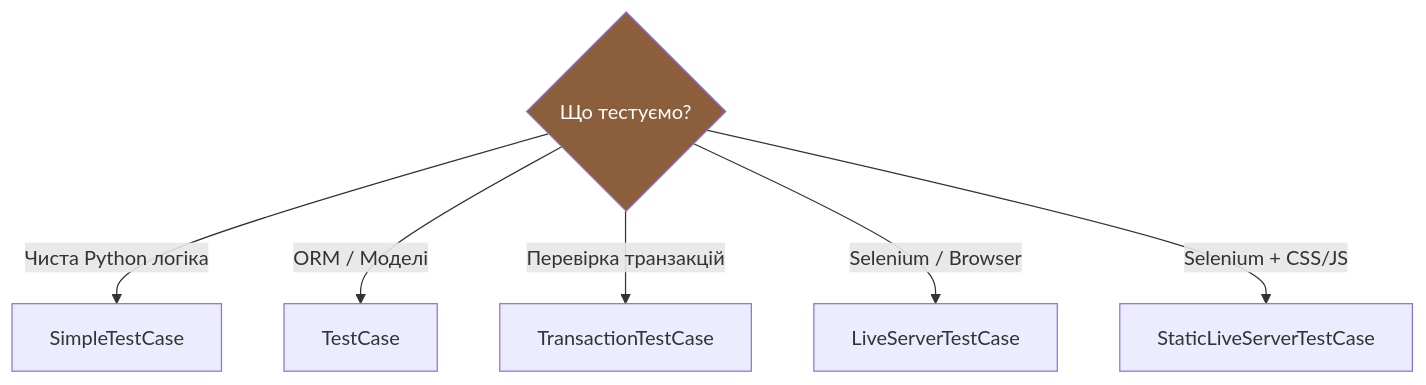
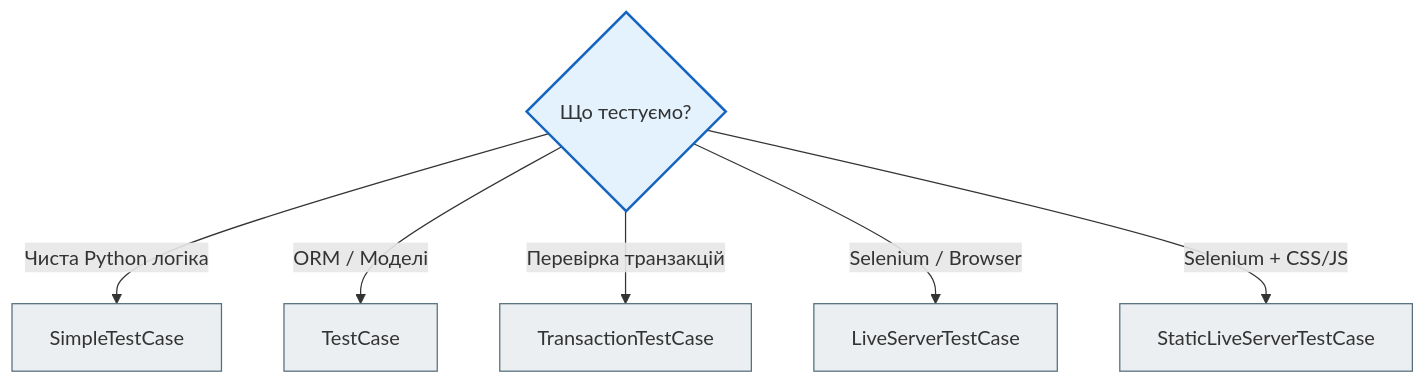
Before and after one commit to NikoriakViktot/notes_chat_app: the second of 8 diagrams in docs/08_testing_and_quality/django_testing_full.md, drawn with Mermaid. The commit also changed other lines of this file and 441 other files, not shown here.

First line of the commit message:
Add English version of the book, Mermaid standard, docs fixes

````diff
--- a/docs/08_testing_and_quality/django_testing_full.md
+++ b/docs/08_testing_and_quality/django_testing_full.md
@@ -90,17 +93,20 @@
 ```mermaid
 flowchart TD
 
     Q{"Що тестуємо?"}
 
     Q -->|"Чиста Python логіка"| S["SimpleTestCase"]
 
     Q -->|"ORM / Моделі"| T["TestCase"]
 
     Q -->|"Перевірка транзакцій"| TT["TransactionTestCase"]
 
     Q -->|"Selenium / Browser"| LS["LiveServerTestCase"]
 
     Q -->|"Selenium + CSS/JS"| SLS["StaticLiveServerTestCase"]
 
-    style Q fill:#8B5E3C,color:#fff
+    classDef step     fill:#eceff1,stroke:#546e7a,stroke-width:1px;
+    classDef decision fill:#e3f2fd,stroke:#1565c0,stroke-width:2px;
+    class Q decision;
+    class S,T,TT,LS,SLS step;
 ```
````
